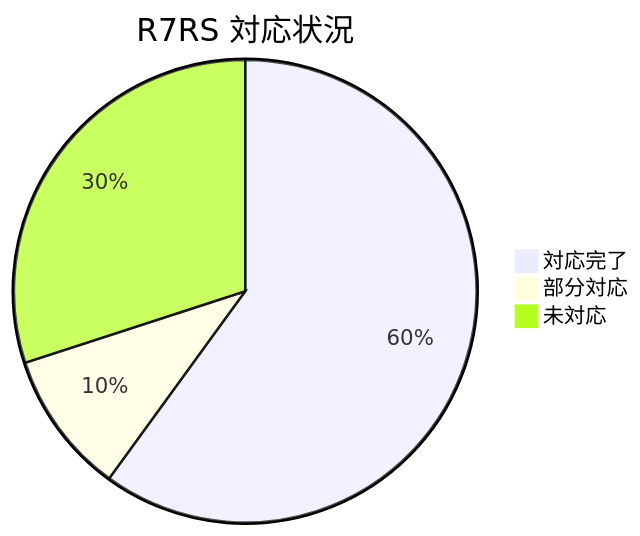
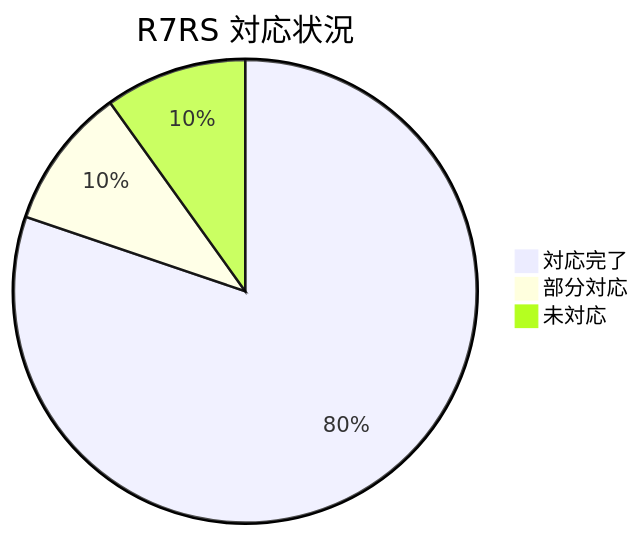
One commit to suchi/sucheme-go changed the diagram in docs/r7rs-compliance.md. Above: the diagram before and after it, drawn with Mermaid. The commit also changed other lines of this file, not shown here.

Commit message:
fix: update R7RS compliance table for define-library/import (#17)
特殊形式セクションの define-library/import を「対応完了」に更新し、
ライブラリシステムセクションとの整合性を確保。
pie chart を 81%/10%/10% に更新。

````diff
--- a/docs/r7rs-compliance.md
+++ b/docs/r7rs-compliance.md
@@ -7,6 +7,6 @@
 ```mermaid
 pie title R7RS 対応状況
-    "対応完了" : 60
+    "対応完了" : 81
     "部分対応" : 10
-    "未対応" : 30
+    "未対応" : 10
 ```
````
